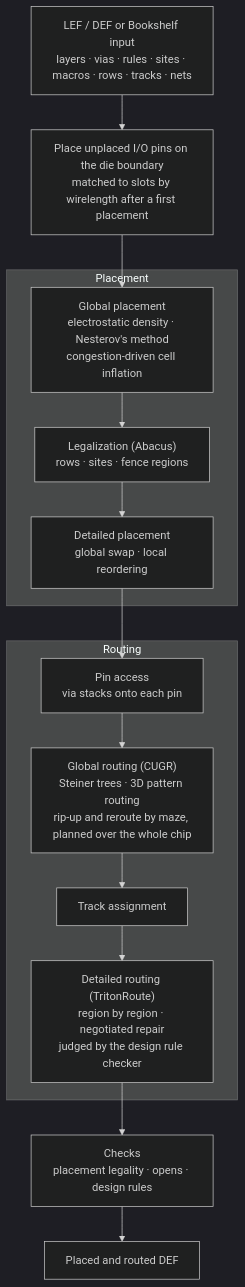
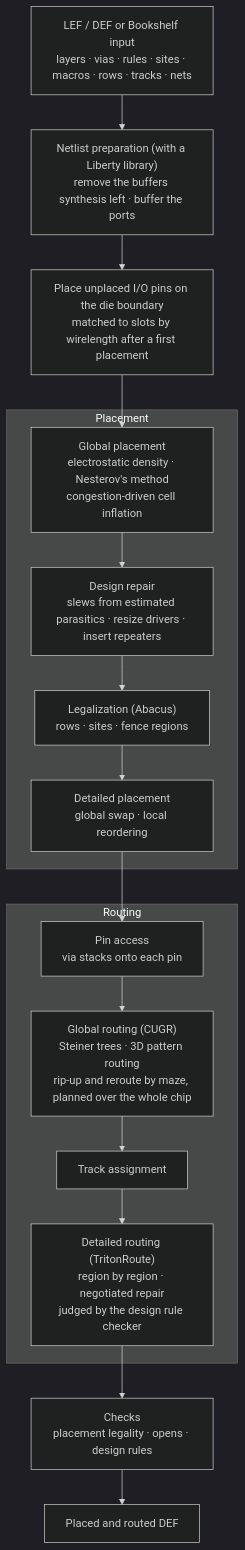
One commit to willmccallion/vlsi-physical-design changed the diagram in README.md. Above: the diagram before and after it, drawn with Mermaid (dark theme). The commit also changed other lines of this file, not shown here.

Commit message:
Report the netlist repair and its whole-flow results in the README

````diff
--- a/README.md
+++ b/README.md
@@ -101,23 +117,25 @@
 ```mermaid
 flowchart TD
     INPUT["LEF / DEF or Bookshelf input<br/>layers · vias · rules · sites · macros · rows · tracks · nets"]
+    NL["Netlist preparation (with a Liberty library)<br/>remove the buffers synthesis left · buffer the ports"]
     IO["Place unplaced I/O pins on the die boundary<br/>matched to slots by wirelength after a first placement"]
 
     subgraph PL["Placement"]
         GP["Global placement<br/>electrostatic density · Nesterov's method<br/>congestion-driven cell inflation"]
+        RD["Design repair<br/>slews from estimated parasitics · resize drivers · insert repeaters"]
         LEG["Legalization (Abacus)<br/>rows · sites · fence regions"]
         DP["Detailed placement<br/>global swap · local reordering"]
     end
 
     subgraph RT["Routing"]
         PA["Pin access<br/>via stacks onto each pin"]
         GR["Global routing (CUGR)<br/>Steiner trees · 3D pattern routing<br/>rip-up and reroute by maze, planned over the whole chip"]
         TA["Track assignment"]
         DR["Detailed routing (TritonRoute)<br/>region by region · negotiated repair<br/>judged by the design rule checker"]
     end
 
     CHK["Checks<br/>placement legality · opens · design rules"]
     OUT["Placed and routed DEF"]
 
-    INPUT --> IO --> GP --> LEG --> DP --> PA --> GR --> TA --> DR --> CHK --> OUT
+    INPUT --> NL --> IO --> GP --> RD --> LEG --> DP --> PA --> GR --> TA --> DR --> CHK --> OUT
 ```
````
